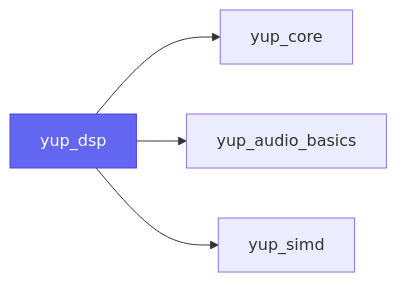
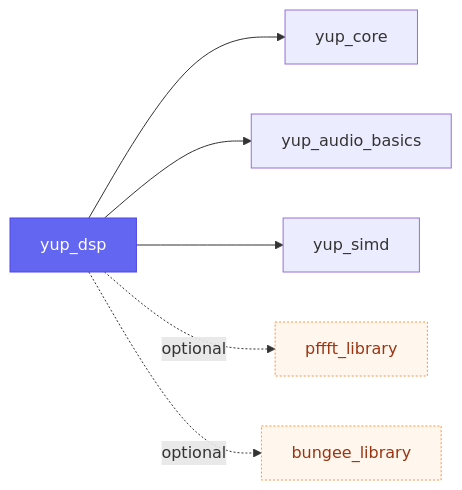
Diagram 13 of 19 in docs/modules.md (kunitoki/yup), drawn with Mermaid before and after one commit. The commit also changed other lines of this file and 13 other files, not shown here.

````diff
--- a/docs/modules.md
+++ b/docs/modules.md
@@ -216,8 +270,11 @@
 ```mermaid
 flowchart LR
     yup_dsp:::self --> yup_core
     yup_dsp --> yup_audio_basics
     yup_dsp --> yup_simd
+    yup_dsp -. optional .-> pffft_library:::opt
+    yup_dsp -. optional .-> bungee_library:::opt
     classDef self fill:#6366f1,color:#fff,stroke:#4f46e5;
     classDef ext fill:#f3f4f6,color:#374151,stroke:#9ca3af,stroke-dasharray:4 3;
+    classDef opt fill:#fff7ed,color:#9a3412,stroke:#fb923c,stroke-dasharray:2 2;
 ```
````
